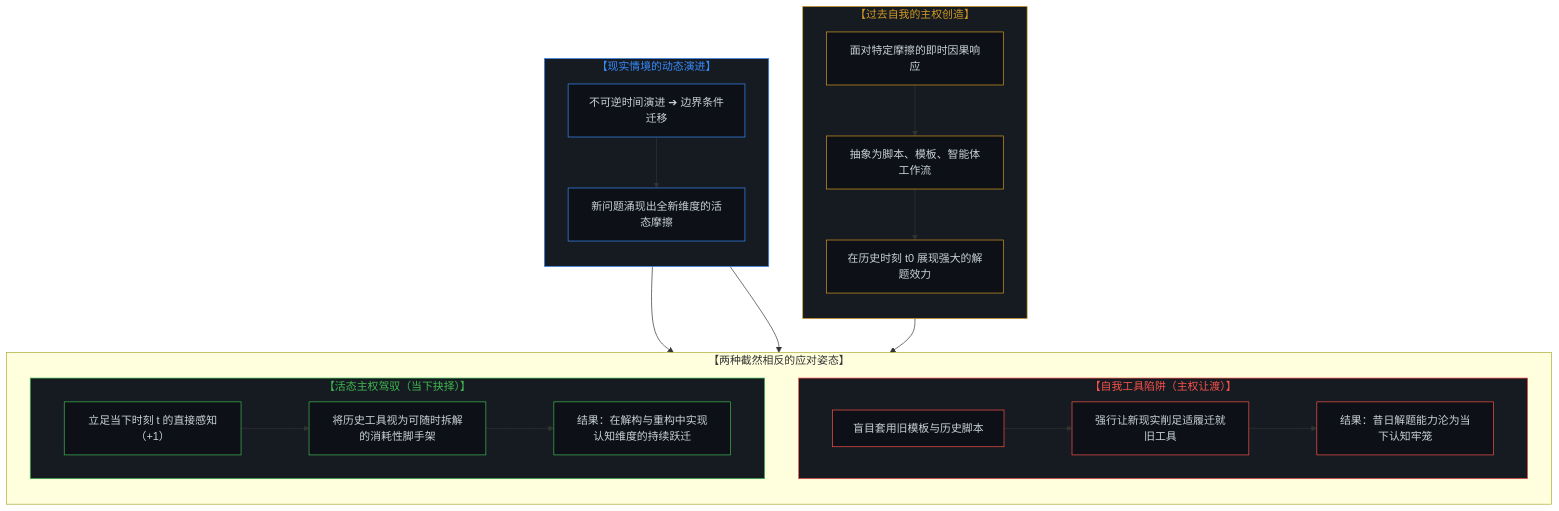
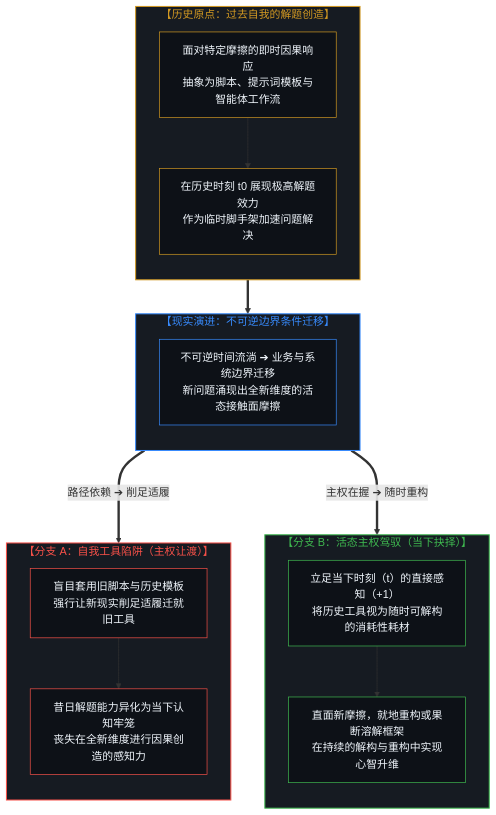
Before and after one commit to powerpig99/not-a-toe: the second of 5 diagrams in content/posts/the-inversion-of-the-harness-and-the-driver-seat-asymmetry.md, drawn with Mermaid. The commit also changed other lines of this file and 3 other files, not shown here.

Commit message:
Optimize Mermaid diagram layouts for readability across Post #322

````diff
--- a/content/posts/the-inversion-of-the-harness-and-the-driver-seat-asymmetry.md
+++ b/content/posts/the-inversion-of-the-harness-and-the-driver-seat-asymmetry.md
@@ -78,54 +72,45 @@
 ```mermaid
 graph TD
-    subgraph S_PastCreation["【过去自我的主权创造】"]
+    subgraph S_Origin["【历史原点：过去自我的解题创造】"]
         direction TB
-        P1["面对特定摩擦的即时因果响应"]
-        P2["抽象为脚本、模板、智能体工作流"]
-        P3["在历史时刻 t0 展现强大的解题效力"]
-        P1 --> P2 --> P3
+        O1["面对特定摩擦的即时因果响应<br/>抽象为脚本、提示词模板与智能体工作流"]
+        O2["在历史时刻 t0 展现极高解题效力<br/>作为临时脚手架加速问题解决"]
+        O1 --> O2
     end
 
-    subgraph S_ContextDrift["【现实情境的动态演进】"]
+    subgraph S_Drift["【现实演进：不可逆边界条件迁移】"]
         direction TB
-        D1["不可逆时间演进 ➔ 边界条件迁移"]
-        D2["新问题涌现出全新维度的活态摩擦"]
-        D1 --> D2
+        D1["不可逆时间流淌 ➔ 业务与系统边界迁移<br/>新问题涌现出全新维度的活态接触面摩擦"]
     end
 
-    subgraph S_TrapVsSovereignty["【两种截然相反的应对姿态】"]
+    O2 ==> D1
+
+    subgraph S_Trap["【分支 A：自我工具陷阱（主权让渡）】"]
         direction TB
-        subgraph Sub_Trap["【自我工具陷阱（主权让渡）】"]
-            T1["盲目套用旧模板与历史脚本"]
-            T2["强行让新现实削足适履迁就旧工具"]
-            T3["结果：昔日解题能力沦为当下认知牢笼"]
-            T1 --> T2 --> T3
-        end
-
-        subgraph Sub_Sov["【活态主权驾驭（当下抉择）】"]
-            S1["立足当下时刻 t 的直接感知（+1）"]
-            S2["将历史工具视为可随时拆解的消耗性脚手架"]
-            S3["结果：在解构与重构中实现认知维度的持续跃迁"]
-            S1 --> S2 --> S3
-        end
+        T1["盲目套用旧脚本与历史模板<br/>强行让新现实削足适履迁就旧工具"]
+        T2["昔日解题能力异化为当下认知牢笼<br/>丧失在全新维度进行因果创造的感知力"]
+        T1 --> T2
     end
 
-    P3 --> Sub_Trap
-    D2 --> Sub_Trap
-    D2 --> Sub_Sov
+    subgraph S_Sovereignty["【分支 B：活态主权驾驭（当下抉择）】"]
+        direction TB
+        S1["立足当下时刻（t）的直接感知（+1）<br/>将历史工具视为随时可解构的消耗性耗材"]
+        S2["直面新摩擦，就地重构或果断溶解框架<br/>在持续的解构与重构中实现心智升维"]
+        S1 --> S2
+    end
 
-    style S_PastCreation fill:#161b22,stroke:#d29922,stroke-width:1px,color:#d29922
-    style S_ContextDrift fill:#161b22,stroke:#388bfd,stroke-width:1px,color:#388bfd
-    style Sub_Trap fill:#161b22,stroke:#f85149,stroke-width:1px,color:#f85149
-    style Sub_Sov fill:#161b22,stroke:#3fb950,stroke-width:1px,color:#3fb950
-    style P1 fill:#0d1117,stroke:#d29922,stroke-width:1px,color:#c9d1d9
-    style P2 fill:#0d1117,stroke:#d29922,stroke-width:1px,color:#c9d1d9
-    style P3 fill:#0d1117,stroke:#d29922,stroke-width:1px,color:#c9d1d9
-    style D1 fill:#0d1117,stroke:#388bfd,stroke-width:1px,color:#c9d1d9
-    style D2 fill:#0d1117,stroke:#388bfd,stroke-width:1px,color:#c9d1d9
-    style T1 fill:#0d1117,stroke:#f85149,stroke-width:1px,color:#c9d1d9
-    style T2 fill:#0d1117,stroke:#f85149,stroke-width:1px,color:#c9d1d9
-    style T3 fill:#0d1117,stroke:#f85149,stroke-width:1px,color:#c9d1d9
-    style S1 fill:#0d1117,stroke:#3fb950,stroke-width:1px,color:#c9d1d9
-    style S2 fill:#0d1117,stroke:#3fb950,stroke-width:1px,color:#c9d1d9
-    style S3 fill:#0d1117,stroke:#3fb950,stroke-width:1px,color:#c9d1d9
+    D1 ===>|"路径依赖 ➔ 削足适履"| S_Trap
+    D1 ===>|"主权在握 ➔ 随时重构"| S_Sovereignty
+
+    style S_Origin fill:#161b22,stroke:#d29922,stroke-width:1.5px,color:#d29922
+    style S_Drift fill:#161b22,stroke:#388bfd,stroke-width:1.5px,color:#388bfd
+    style S_Trap fill:#161b22,stroke:#f85149,stroke-width:1.5px,color:#f85149
+    style S_Sovereignty fill:#161b22,stroke:#3fb950,stroke-width:1.5px,color:#3fb950
+    style O1 fill:#0d1117,stroke:#d29922,stroke-width:1px,color:#f0f6fc
+    style O2 fill:#0d1117,stroke:#d29922,stroke-width:1px,color:#f0f6fc
+    style D1 fill:#0d1117,stroke:#388bfd,stroke-width:1px,color:#f0f6fc
+    style T1 fill:#0d1117,stroke:#f85149,stroke-width:1px,color:#f0f6fc
+    style T2 fill:#0d1117,stroke:#f85149,stroke-width:1px,color:#f0f6fc
+    style S1 fill:#0d1117,stroke:#3fb950,stroke-width:1px,color:#f0f6fc
+    style S2 fill:#0d1117,stroke:#3fb950,stroke-width:1px,color:#f0f6fc
 ```
````
